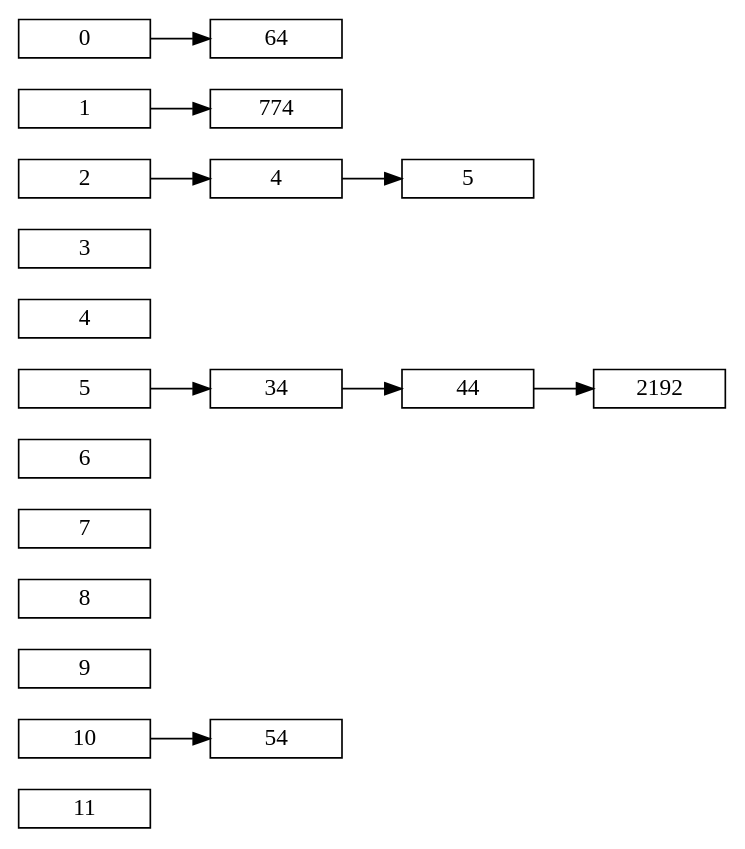
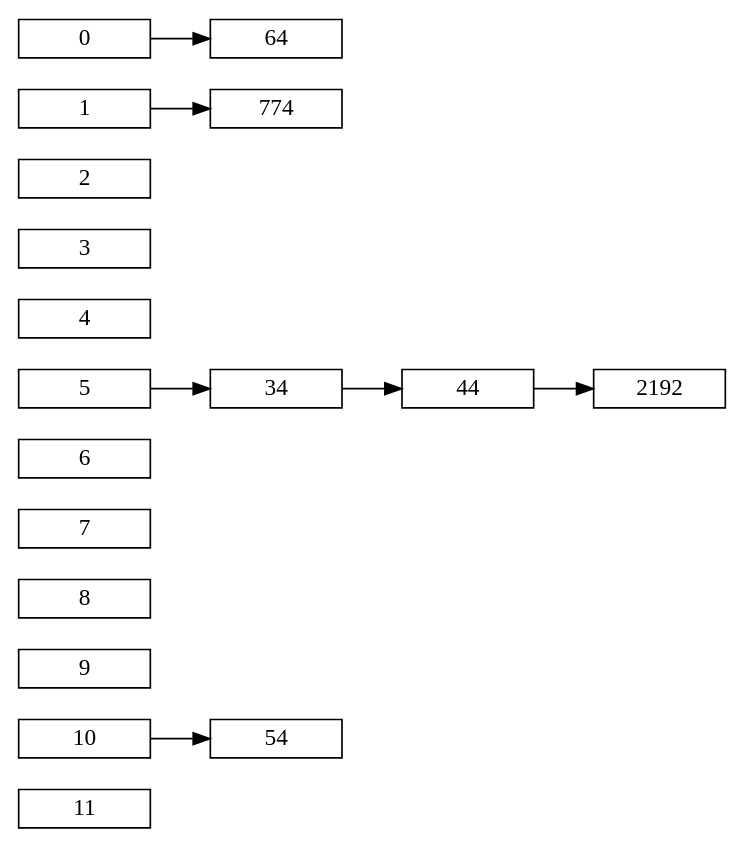
One commit to SergioMenaQuispe/visualizador changed the diagram in hash/hash.dot. Above: the diagram before and after it, drawn with Graphviz. The commit also changed 2 other files, not shown here.

```diff
--- a/hash/hash.dot
+++ b/hash/hash.dot
@@ -1,36 +1,35 @@
 digraph Hash { 
  	rankdir="LR" 
  	node [shape=record,width=.1,height=.1]
  
  node [shape=record,width=1.1,height=.1];
 
 node11[label =11];
 
 node10[label =10];
 
 node9[label =9];
 
 node8[label =8];
 
 node7[label =7];
 
 node6[label =6];
 
 node5[label =5];
 
 node4[label =4];
 
 node3[label =3];
 
 node2[label =2];
 
 node1[label =1];
 
 node0[label =0];
 
 node0->64
 node1->774
-node2->4->5
 node5->34->44->2192
 node10->54
 node [width = 1.5];}
```
